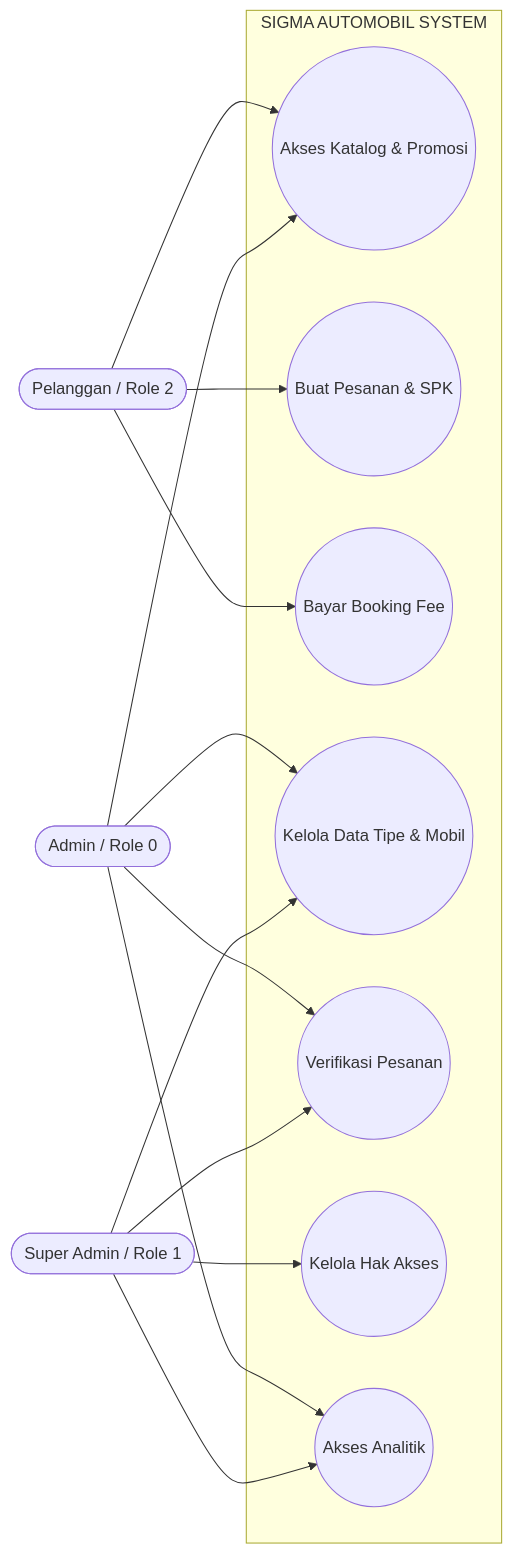
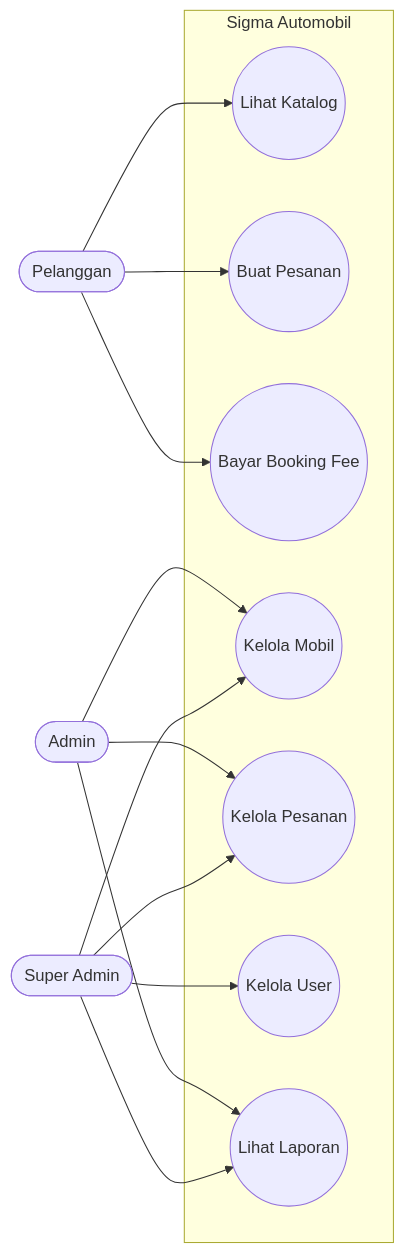
Before and after one commit to SeptianTirta/Sistem-Penjualan-Mobil: the second of 4 diagrams in README.md, drawn with Mermaid. The commit also changed other lines of this file, not shown here.

````diff
--- a/README.md
+++ b/README.md
@@ -89,30 +106,29 @@
 ```mermaid
 flowchart LR
-    P([Pelanggan / Role 2])
-    A([Admin / Role 0])
-    SA([Super Admin / Role 1])
+    P([Pelanggan])
+    A([Admin])
+    SA([Super Admin])
 
-    subgraph System ["SIGMA AUTOMOBIL SYSTEM"]
-        UC1((Akses Katalog & Promosi))
-        UC2((Buat Pesanan & SPK))
+    subgraph SYSTEM [Sigma Automobil]
+        UC1((Lihat Katalog))
+        UC2((Buat Pesanan))
         UC3((Bayar Booking Fee))
-        UC4((Kelola Data Tipe & Mobil))
-        UC5((Verifikasi Pesanan))
-        UC6((Kelola Hak Akses))
-        UC7((Akses Analitik))
+        UC4((Kelola Mobil))
+        UC5((Kelola Pesanan))
+        UC6((Kelola User))
+        UC7((Lihat Laporan))
     end
 
     P --> UC1
     P --> UC2
     P --> UC3
 
-    A --> UC1
     A --> UC4
     A --> UC5
     A --> UC7
 
     SA --> UC4
     SA --> UC5
     SA --> UC6
     SA --> UC7
 ```
````
